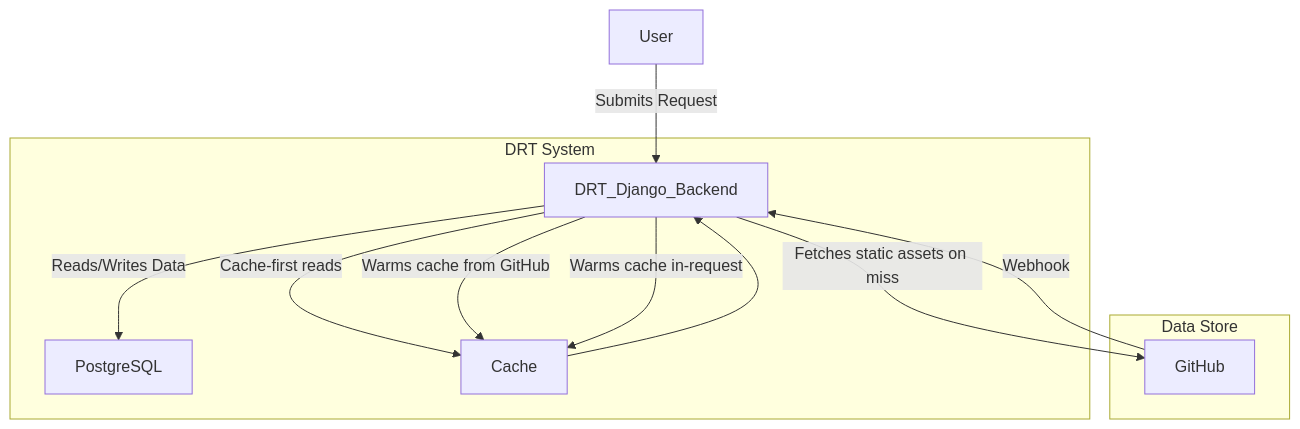
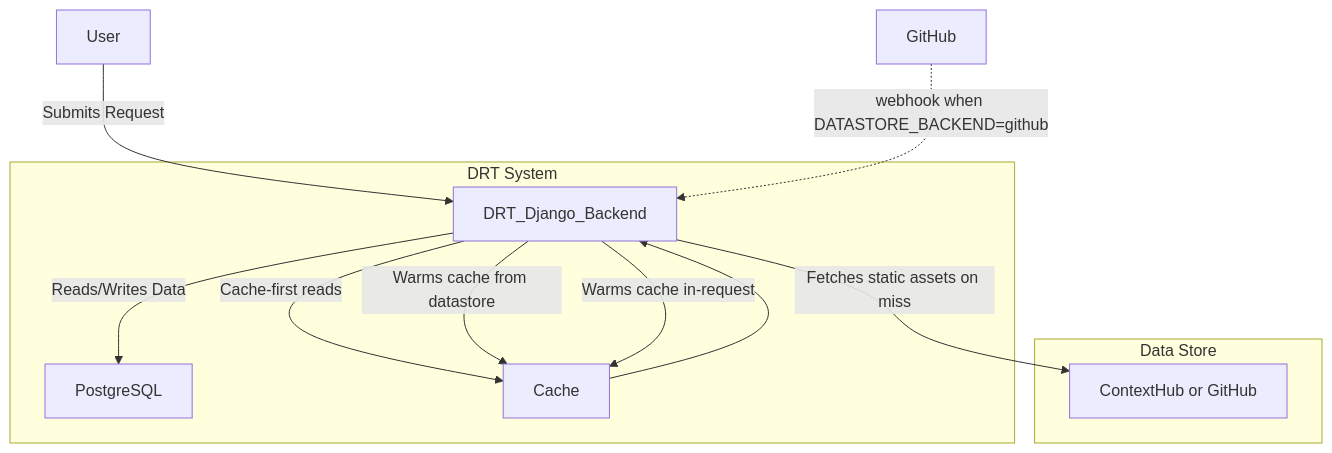
The first of 5 diagrams in docs/cache-architecture.md (ClimateSmartAgCollab/DRT_Design_Document), drawn with Mermaid before and after one commit. The commit also changed other lines of this file and 40 other files, not shown here.

````diff
--- a/docs/cache-architecture.md
+++ b/docs/cache-architecture.md
@@ -7,32 +7,32 @@
 ```mermaid
 graph TD;
 
     User[User] --> |Submits Request| DRT_Django_Backend;
 
     DRT_Django_Backend --> |Reads/Writes Data| PostgreSQL;
 
     DRT_Django_Backend --> |Cache-first reads| Cache;
     Cache --> DRT_Django_Backend;
 
-    DRT_Django_Backend --> |Fetches static assets on miss| GitHub;
-    DRT_Django_Backend --> |Warms cache from GitHub| Cache;
+    DRT_Django_Backend --> |Fetches static assets on miss| Datastore[ContextHub or GitHub];
+    DRT_Django_Backend --> |Warms cache from datastore| Cache;
 
-    GitHub --Webhook--> DRT_Django_Backend;
+    GitHub -. webhook when DATASTORE_BACKEND=github .-> DRT_Django_Backend;
     DRT_Django_Backend --> |Warms cache in-request| Cache;
 
     subgraph "DRT System"
 
         DRT_Django_Backend
 
         Cache
 
         PostgreSQL
 
     end
 
     subgraph "Data Store"
 
-        GitHub
+        Datastore
 
     end
 ```
````
